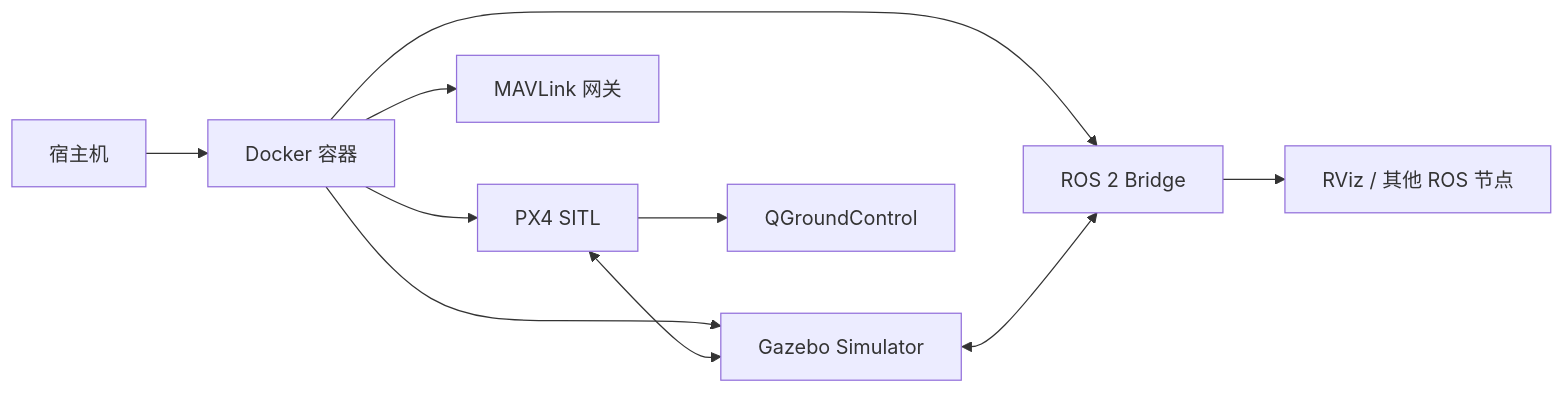
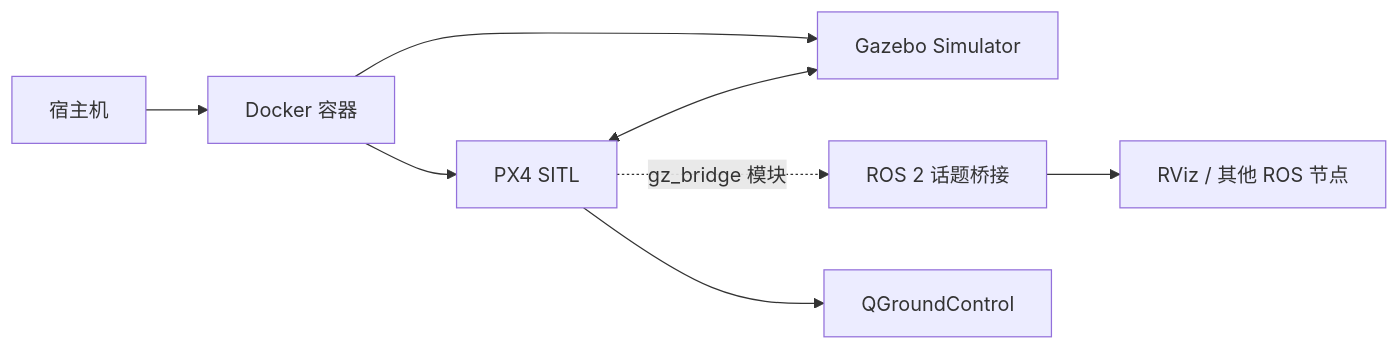
Before and after one commit to Episode253/VisionFlow-PX4-public: the diagram in docs/zh/getting-started/docker-launch.md, drawn with Mermaid. The commit also changed other lines of this file and 14 other files, not shown here.

````diff
--- a/docs/zh/getting-started/docker-launch.md
+++ b/docs/zh/getting-started/docker-launch.md
@@ -7,12 +7,10 @@
 ```mermaid
 graph LR
     A["宿主机"] --> B["Docker 容器"]
     B --> C["PX4 SITL"]
     B --> D["Gazebo Simulator"]
-    B --> E["ROS 2 Bridge"]
-    B --> F["MAVLink 网关"]
     C <--> D
-    D <--> E
+    C -.->|"gz_bridge 模块"| E["ROS 2 话题桥接"]
     E --> G["RViz / 其他 ROS 节点"]
     C --> H["QGroundControl"]
 ```
````
